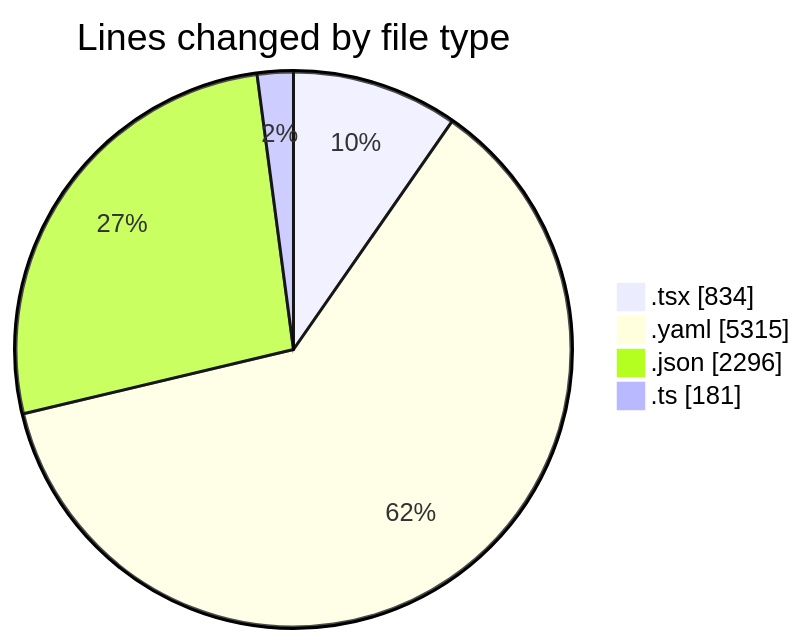
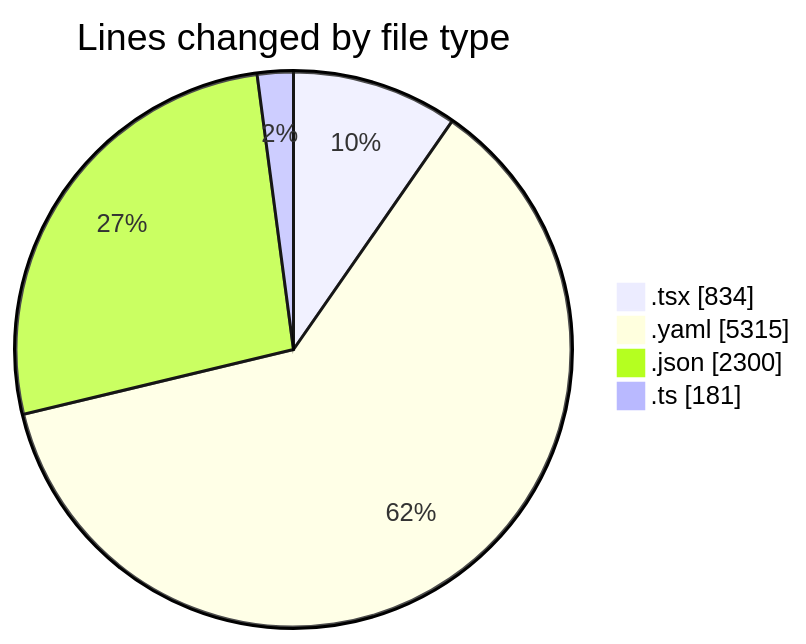
Before and after one commit to julien-gomy/code-tracking: the first of 2 diagrams in 2025-11-07/eventscop-frontend-guide__workspace_/README.md, drawn with Mermaid. The commit also changed other lines of this file and 1 other file, not shown here.

````diff
--- a/2025-11-07/eventscop-frontend-guide__workspace_/README.md
+++ b/2025-11-07/eventscop-frontend-guide__workspace_/README.md
@@ -35,8 +35,8 @@
 ```mermaid
 pie showData
 title Lines changed by file type
 ".tsx" : 834
 ".yaml" : 5315
-".json" : 2296
+".json" : 2300
 ".ts" : 181
 ```
````
